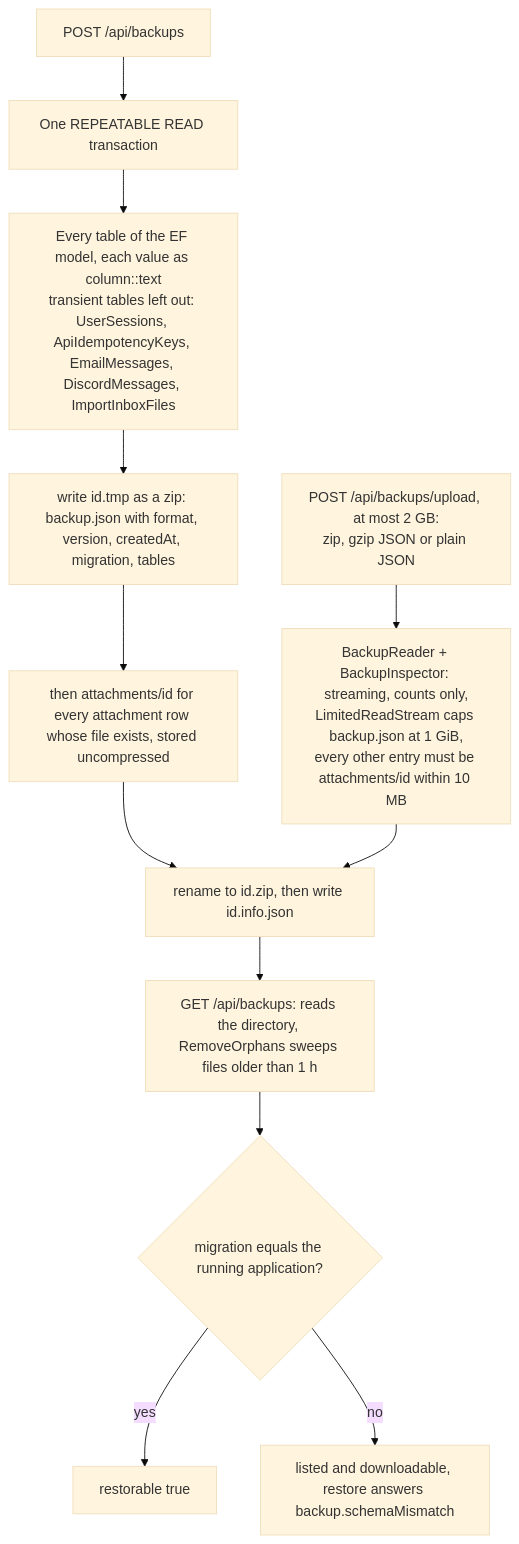
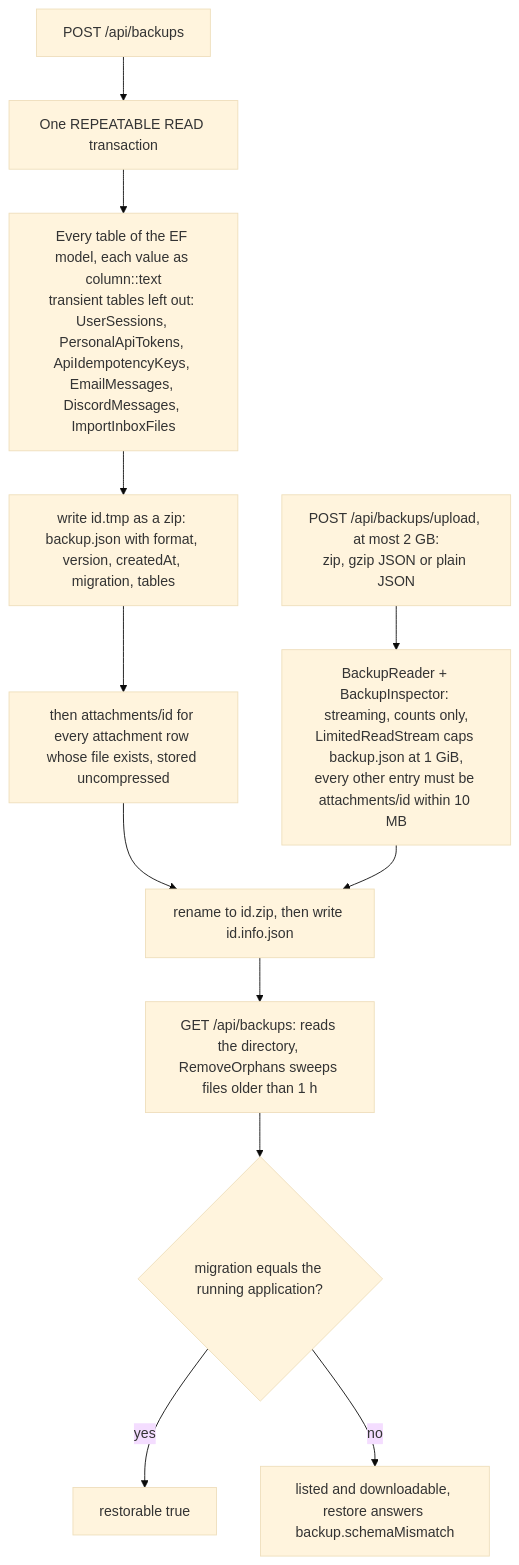
The first of 2 diagrams in docs/features/backup-and-restore.md (Justxs/Jx-Finance), drawn with Mermaid (base theme) before and after one commit. The commit also changed other lines of this file and 369 other files, not shown here.

````diff
--- a/docs/features/backup-and-restore.md
+++ b/docs/features/backup-and-restore.md
@@ -19,14 +19,14 @@
 ```mermaid
 flowchart TD
     Take["POST /api/backups"] --> Snap["One REPEATABLE READ transaction"]
-    Snap --> Tables["Every table of the EF model, each value as column::text<br/>transient tables left out: UserSessions, ApiIdempotencyKeys, EmailMessages, DiscordMessages, ImportInboxFiles"]
+    Snap --> Tables["Every table of the EF model, each value as column::text<br/>transient tables left out: UserSessions, PersonalApiTokens, ApiIdempotencyKeys, EmailMessages, DiscordMessages, ImportInboxFiles"]
     Tables --> Tmp["write id.tmp as a zip: backup.json with format, version, createdAt, migration, tables"]
     Tmp --> Files["then attachments/id for every attachment row whose file exists, stored uncompressed"]
     Files --> Rename["rename to id.zip, then write id.info.json"]
     Upload["POST /api/backups/upload, at most 2 GB:<br/>zip, gzip JSON or plain JSON"] --> Inspect["BackupReader + BackupInspector: streaming, counts only,<br/>LimitedReadStream caps backup.json at 1 GiB,<br/>every other entry must be attachments/id within 10 MB"]
     Inspect --> Rename
     Rename --> List["GET /api/backups: reads the directory, RemoveOrphans sweeps files older than 1 h"]
     List --> Flag{"migration equals the running application?"}
     Flag -->|"yes"| Restorable["restorable true"]
     Flag -->|"no"| NotRestorable["listed and downloadable, restore answers backup.schemaMismatch"]
 ```
````
